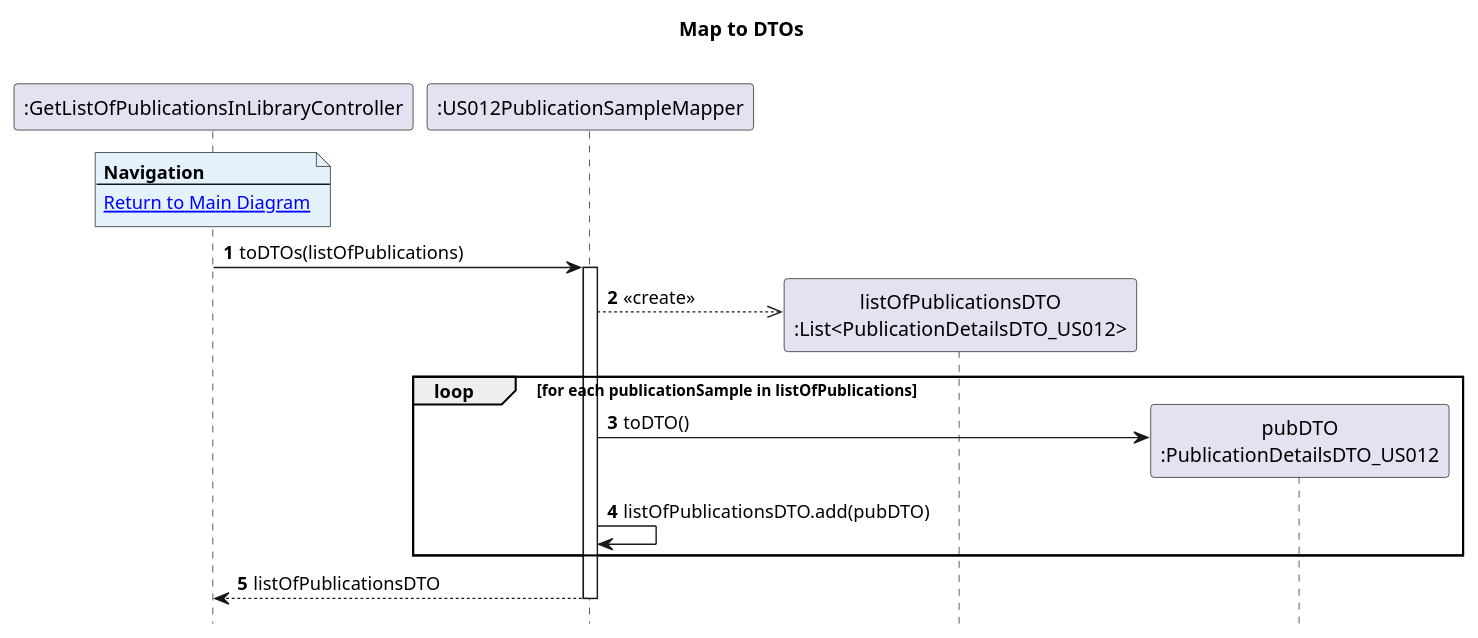
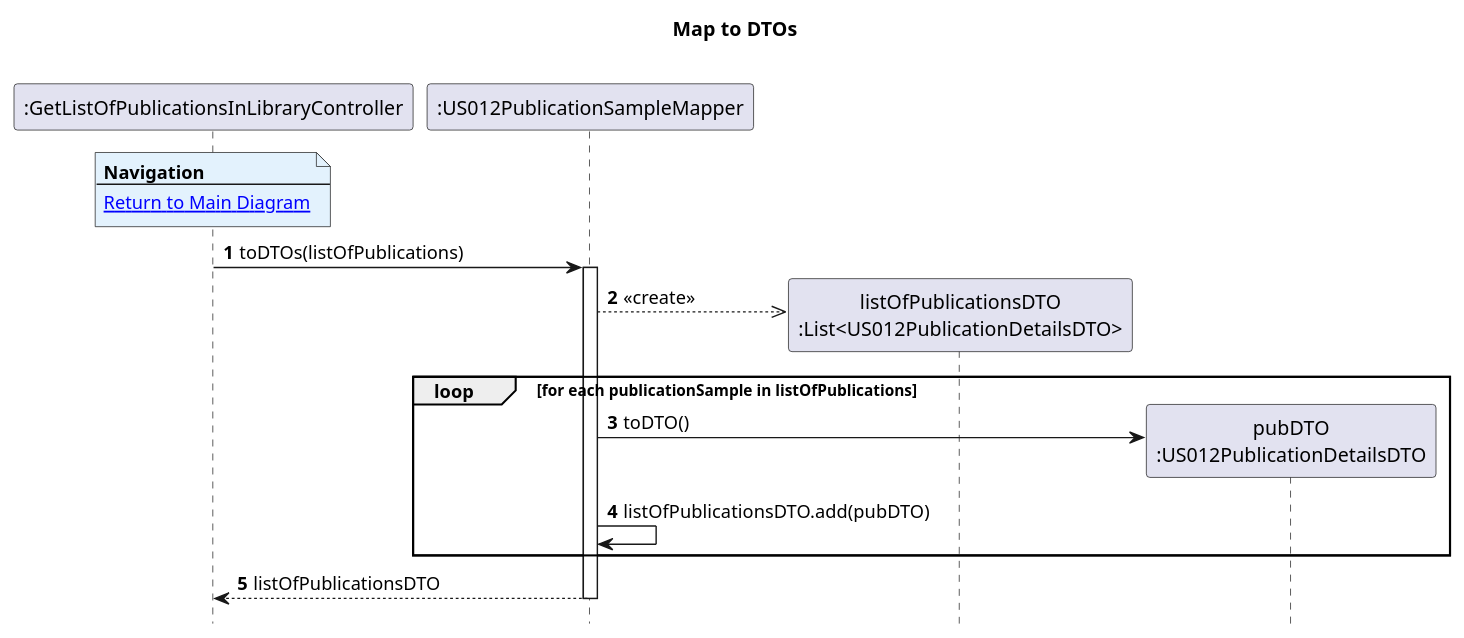
The diagram in Diagrams/SequenceDiagrams/N2/To-Get-List-Of-Publications-In-My-Library/4.MapToDTOs.puml (AndrePereiraGitH/SWitCH-Project-Team_A), drawn with PlantUML before and after one commit. The commit also changed 3 other files, not shown here.

Commit message:
refactor #674: refactor class diagram to align with sequence diagram

```diff
--- a/Diagrams/SequenceDiagrams/N2/To-Get-List-Of-Publications-In-My-Library/4.MapToDTOs.puml
+++ b/Diagrams/SequenceDiagrams/N2/To-Get-List-Of-Publications-In-My-Library/4.MapToDTOs.puml
@@ -1,30 +1,30 @@
 @startuml
 hide footbox
 autonumber
 title Map to DTOs
 
 participant ":GetListOfPublicationsInLibraryController" as Ctrl
 participant ":US012PublicationSampleMapper" as Mapper
-participant "listOfPublicationsDTO\n:List<PublicationDetailsDTO_US012>" as ListDTO
-participant "pubDTO\n:PublicationDetailsDTO_US012" as pubDTO
+participant "listOfPublicationsDTO\n:List<US012PublicationDetailsDTO>" as ListDTO
+participant "pubDTO\n:US012PublicationDetailsDTO" as pubDTO
 
 note over Ctrl #E3F2FD
 <b>Navigation</b>
 ---
 [[1.MainDiagram.puml Return to Main Diagram]]
 end note
 
 Ctrl -> Mapper : toDTOs(listOfPublications)
 activate Mapper
 
 Mapper -->> ListDTO ** : <<create>>
 
 loop for each publicationSample in listOfPublications
     Mapper -> pubDTO ** : toDTO()
     Mapper -> Mapper : listOfPublicationsDTO.add(pubDTO)
 end
 
 Mapper --> Ctrl : listOfPublicationsDTO
 deactivate Mapper
 
 @enduml
```
